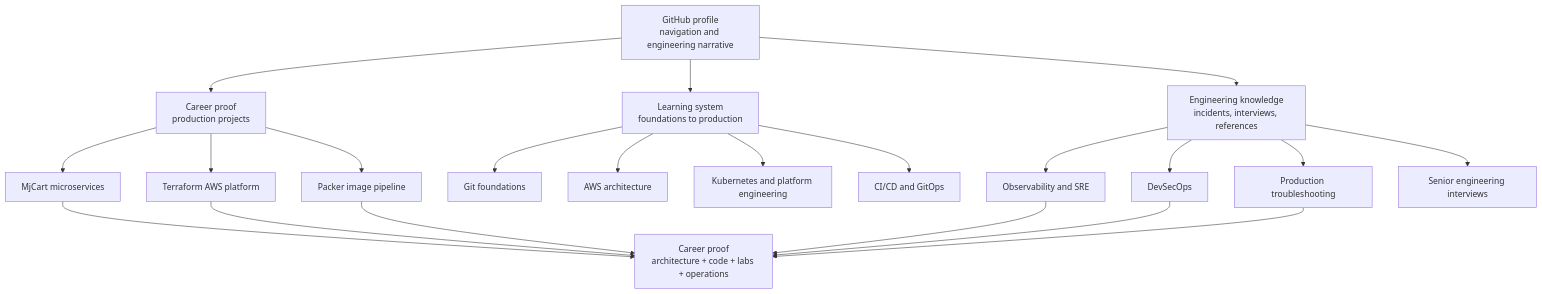
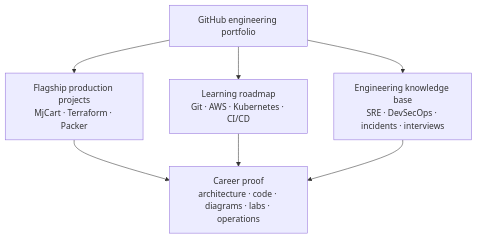
Before and after one commit to jeevanm84/jeevanm84: the diagram in README.md, drawn with Mermaid. The commit also changed other lines of this file and 1 other file, not shown here.

Commit message:
Improve portfolio diagram readability (#4)

````diff
--- a/README.md
+++ b/README.md
@@ -29,29 +29,10 @@
 ```mermaid
 flowchart TB
-  Profile[GitHub profile<br/>navigation and engineering narrative]
-
-  Profile --> Projects[Career proof<br/>production projects]
-  Profile --> Roadmap[Learning system<br/>foundations to production]
-  Profile --> Knowledge[Engineering knowledge<br/>incidents, interviews, references]
-
-  Projects --> MJ[MjCart microservices]
-  Projects --> TF[Terraform AWS platform]
-  Projects --> PK[Packer image pipeline]
-
-  Roadmap --> Git[Git foundations]
-  Roadmap --> AWS[AWS architecture]
-  Roadmap --> K8s[Kubernetes and platform engineering]
-  Roadmap --> Delivery[CI/CD and GitOps]
-
-  Knowledge --> SRE[Observability and SRE]
-  Knowledge --> Security[DevSecOps]
-  Knowledge --> Incidents[Production troubleshooting]
-  Knowledge --> Interview[Senior engineering interviews]
-
-  MJ --> Proof[Career proof<br/>architecture + code + labs + operations]
-  TF --> Proof
-  PK --> Proof
-  SRE --> Proof
-  Security --> Proof
-  Incidents --> Proof
+  Profile[GitHub engineering portfolio]
+  Profile --> Projects[Flagship production projects<br/>MjCart · Terraform · Packer]
+  Profile --> Roadmap[Learning roadmap<br/>Git · AWS · Kubernetes · CI/CD]
+  Profile --> Knowledge[Engineering knowledge base<br/>SRE · DevSecOps · incidents · interviews]
+  Projects --> Proof[Career proof<br/>architecture · code · diagrams · labs · operations]
+  Roadmap --> Proof
+  Knowledge --> Proof
 ```
````
